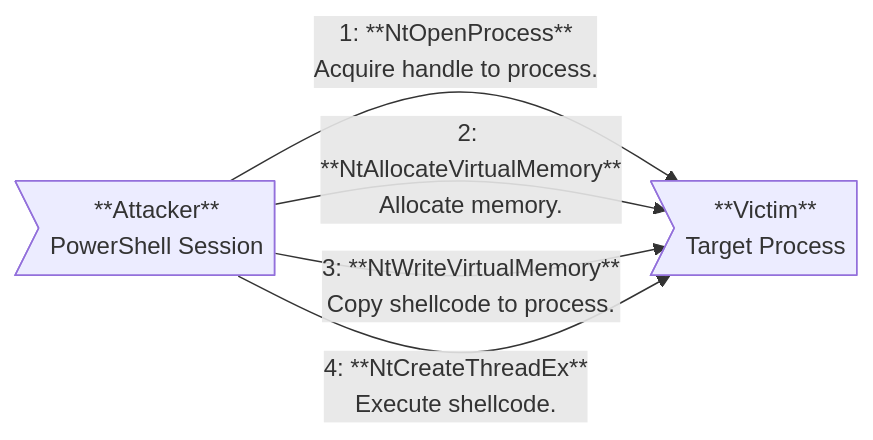
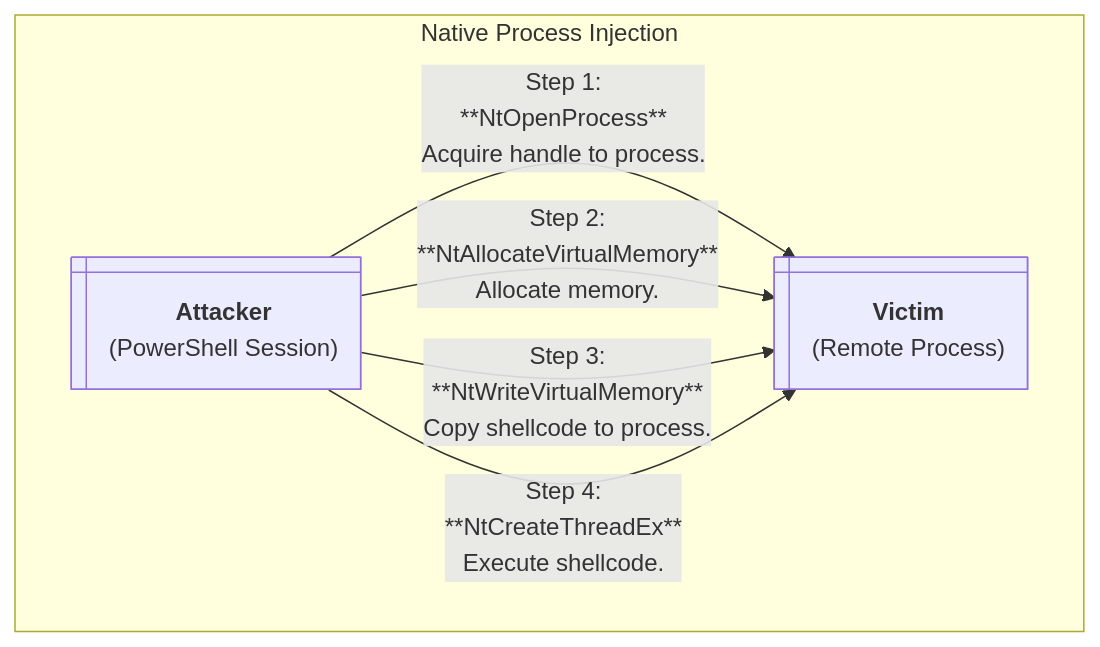
One commit to tylerdotrar/ShellcodeLoaderPS changed the third of 3 diagrams in README.md. Above: the diagram before and after it, drawn with Mermaid. The commit also changed other lines of this file, not shown here.

Commit message:
Fixed mermaid diagrams within Tech Roadmap.

````diff
--- a/README.md
+++ b/README.md
@@ -81,13 +95,14 @@
 ```mermaid
-flowchart LR
+flowchart TD;
 
 %% Establish Processes
-PS>**Attacker**<br>PowerShell Session]
-Proc>**Victim**<br>Target Process]
+PS@{ shape: win-pane, label: "<b>Attacker</b><br>(PowerShell Session)" }
+Proc@{ shape: win-pane, label: "<b>Victim</b><br>(Remote Process)" }
 
-%% Execution Chain
-PS --> | 1: **NtOpenProcess**<br>Acquire handle to process.  | Proc
-PS --> | 2: **NtAllocateVirtualMemory**<br>Allocate memory. | Proc
-PS --> | 3: **NtWriteVirtualMemory**<br>Copy shellcode to process. | Proc
-PS --> | 4: **NtCreateThreadEx**<br>Execute shellcode. | Proc
+subgraph Native Process Injection
+  PS --> | Step 1:<br>**NtOpenProcess**<br>Acquire handle to process.  | Proc
+  PS --> | Step 2:<br>**NtAllocateVirtualMemory**<br>Allocate memory. | Proc
+  PS --> | Step 3:<br>**NtWriteVirtualMemory**<br>Copy shellcode to process. | Proc
+  PS --> | Step 4:<br>**NtCreateThreadEx**<br>Execute shellcode. | Proc
+end
 ```
````
